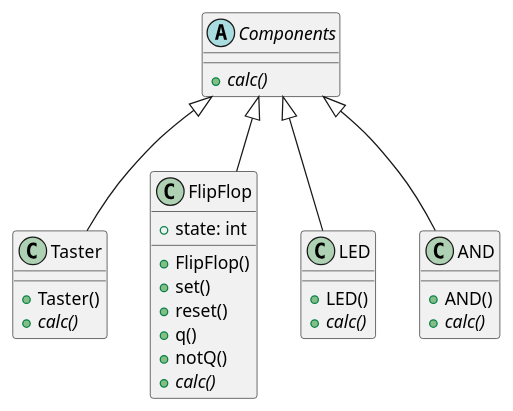
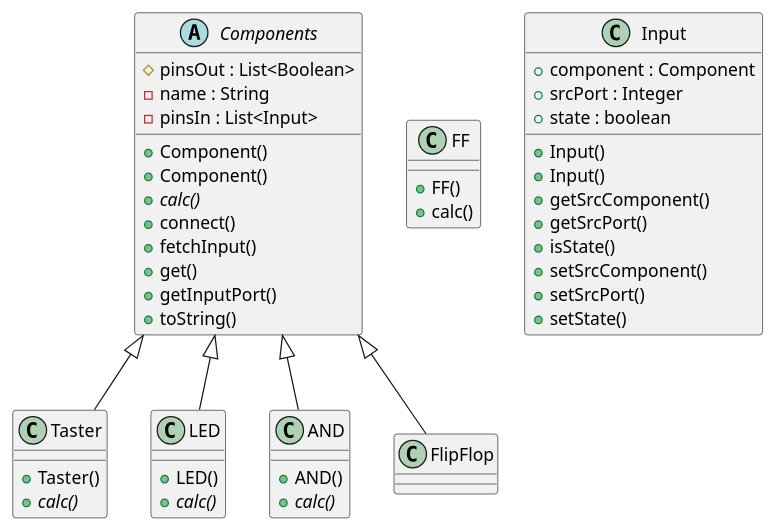
One commit to Ali8105/sew5_sem1 changed the diagram in src/Klassen_UML.puml. Above: the diagram before and after it, drawn with PlantUML.

```diff
--- a/src/Klassen_UML.puml
+++ b/src/Klassen_UML.puml
@@ -1,37 +1,59 @@
 @startuml
 
-abstract class Components{
- + {abstract} calc()
-}
+abstract class Components {
+        # pinsOut : List<Boolean>
+        - name : String
+        - pinsIn : List<Input>
+        + Component()
+        + Component()
+        {abstract} + calc()
+        + connect()
+        + fetchInput()
+        + get()
+        + getInputPort()
+        + toString()
+    }
+
+
 
 class Taster {
  + Taster()
  + {abstract} calc()
 }
 
-class FlipFlop{
- + FlipFlop()
- + state: int
- + set()
- + reset()
- + q()
- + notQ()
- + {abstract} calc()
+class FF {
+    + FF()
+    + calc()
 }
+
 
 class LED{
  + LED()
  + {abstract} calc()
 }
+
+ class Input {
+        + component : Component
+        + srcPort : Integer
+        + state : boolean
+        + Input()
+        + Input()
+        + getSrcComponent()
+        + getSrcPort()
+        + isState()
+        + setSrcComponent()
+        + setSrcPort()
+        + setState()
+    }
 
 class AND{
  + AND()
  + {abstract} calc()
 }
 
 Components <|-- FlipFlop
 Components <|-- AND
 Components <|-- LED
 Components <|-- Taster
 
 @enduml
```
